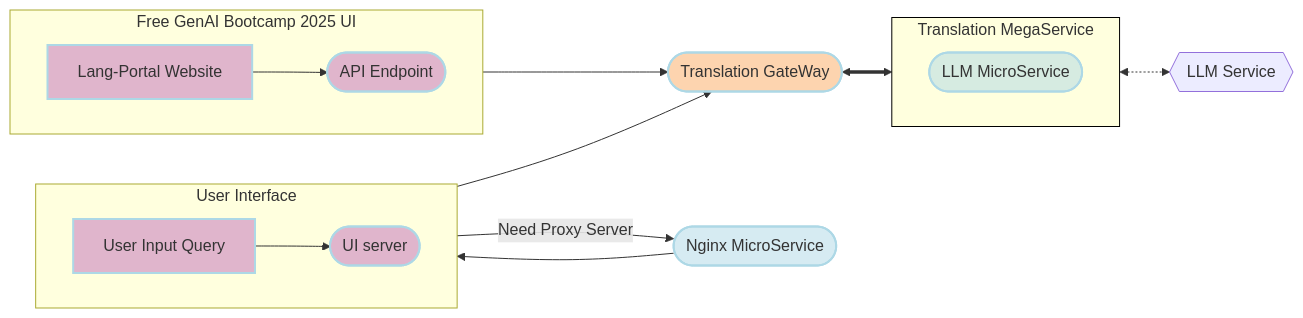
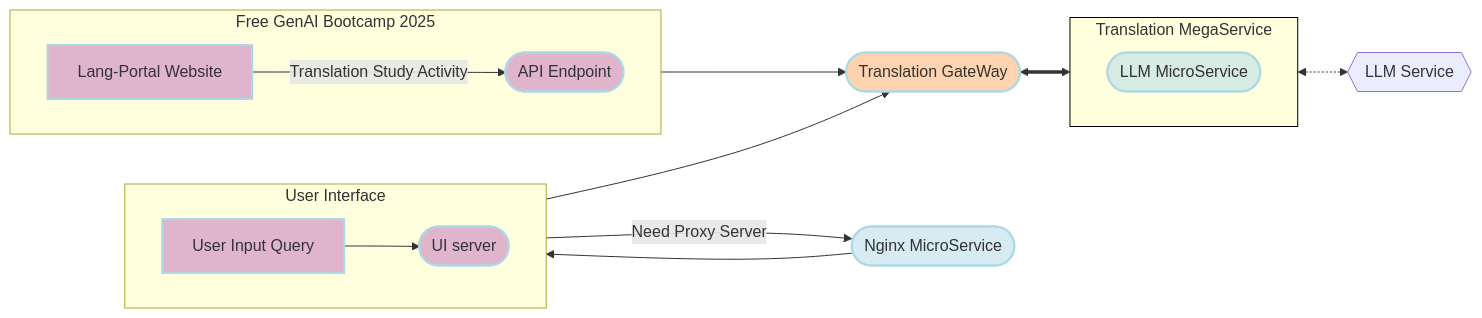
Before and after one commit to VCharrua/free-genai-bootcamp-2025: the diagram in opea-comps/mega-service/readme.md, drawn with Mermaid. The commit also changed other lines of this file and 10 other files, not shown here.

````diff
--- a/opea-comps/mega-service/readme.md
+++ b/opea-comps/mega-service/readme.md
@@ -20,48 +20,48 @@
 ```mermaid
 flowchart LR
     %% Colors %%
     classDef blue fill:#ADD8E6,stroke:#ADD8E6,stroke-width:2px,fill-opacity:0.5
     classDef orange fill:#FBAA60,stroke:#ADD8E6,stroke-width:2px,fill-opacity:0.5
     classDef orchid fill:#C26DBC,stroke:#ADD8E6,stroke-width:2px,fill-opacity:0.5
     classDef invisible fill:transparent,stroke:transparent;
     style Translation-MegaService stroke:#000000
 
     %% Subgraphs %%
     subgraph Translation-MegaService["Translation MegaService "]
         direction LR
         LLM([LLM MicroService]):::blue
     end
     subgraph UserInterface[" User Interface "]
         direction LR
         a([User Input Query]):::orchid
         UI([UI server<br>]):::orchid
     end
-    subgraph LPInterface[" Free GenAI Bootcamp 2025 UI "]
+    subgraph LPInterface[" Free GenAI Bootcamp 2025 "]
         direction LR
         a2([Lang-Portal Website]):::orchid
         LP([API Endpoint<br>]):::orchid
     end
 
     LLM_gen{{LLM Service <br>}}
     GW([Translation GateWay<br>]):::orange
     NG([Nginx MicroService]):::blue
 
     %% Questions interaction
     direction LR
     a[User Input Query] --> UI
     a[User Input Query] --> |Need Proxy Server|NG
     NG --> UI
     UI --> GW
     GW <==> Translation-MegaService
 
 
     %% Integration interaction
     direction LR
-    a2[Lang-Portal Website] --> LP
+    a2[Lang-Portal Website] --> |Translation Study Activity|LP
     LP --> GW
 
 
     %% Embedding service flow
     direction LR
     LLM <-.-> LLM_gen
 ```
````
